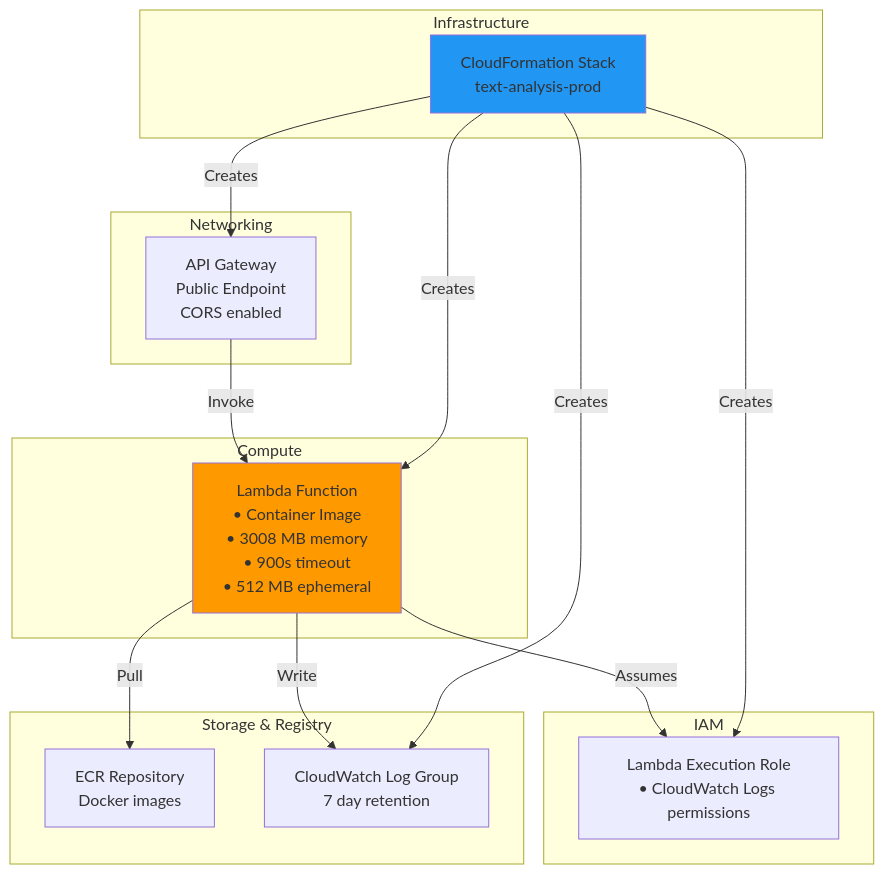
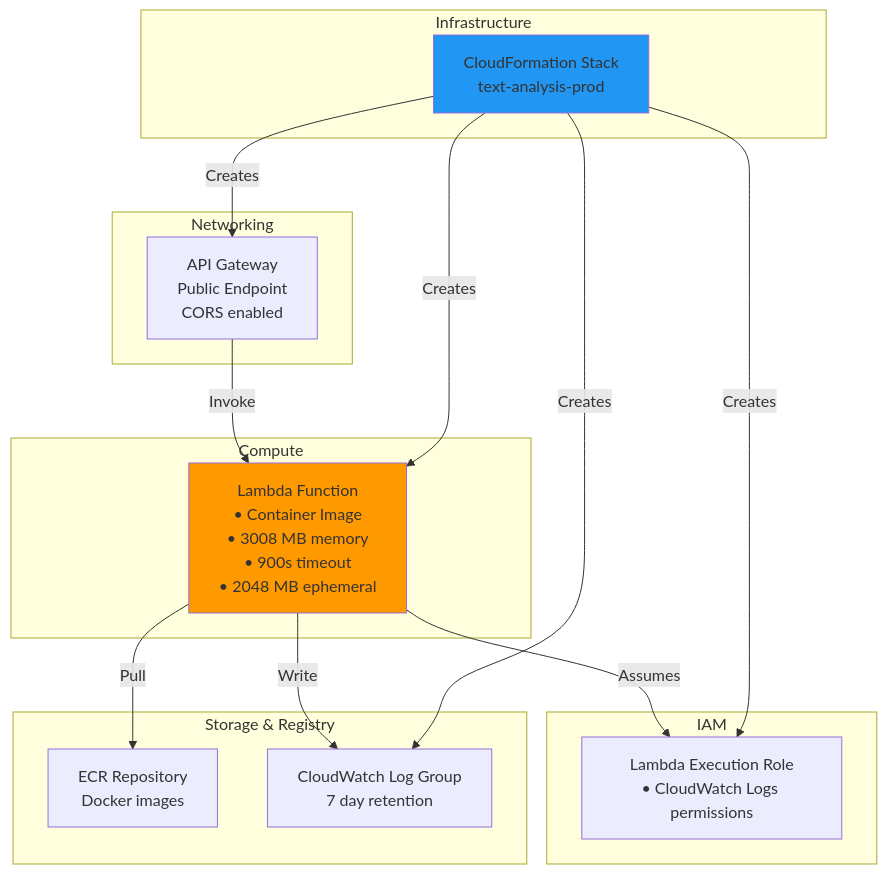
Before and after one commit to kaikoh95/thematic-assessment: the tenth of 10 diagrams in docs/ARCHITECTURE_DIAGRAMS.md, drawn with Mermaid. The commit also changed 4 other files, not shown here.

````diff
--- a/docs/ARCHITECTURE_DIAGRAMS.md
+++ b/docs/ARCHITECTURE_DIAGRAMS.md
@@ -458,36 +458,36 @@
 ```mermaid
 graph TB
     subgraph "IAM"
         ROLE[Lambda Execution Role<br/>• CloudWatch Logs permissions]
     end
 
     subgraph "Networking"
         APIGW_ENDPOINT[API Gateway<br/>Public Endpoint<br/>CORS enabled]
     end
 
     subgraph "Compute"
-        LAMBDA_FUNC[Lambda Function<br/>• Container Image<br/>• 3008 MB memory<br/>• 900s timeout<br/>• 512 MB ephemeral]
+        LAMBDA_FUNC[Lambda Function<br/>• Container Image<br/>• 3008 MB memory<br/>• 900s timeout<br/>• 2048 MB ephemeral]
     end
 
     subgraph "Storage & Registry"
         ECR_REPO[ECR Repository<br/>Docker images]
         CW_LOGS[CloudWatch Log Group<br/>7 day retention]
     end
 
     subgraph "Infrastructure"
         CFN_STACK[CloudFormation Stack<br/>text-analysis-prod]
     end
 
     APIGW_ENDPOINT -->|Invoke| LAMBDA_FUNC
     LAMBDA_FUNC -->|Assumes| ROLE
     LAMBDA_FUNC -->|Pull| ECR_REPO
     LAMBDA_FUNC -->|Write| CW_LOGS
 
     CFN_STACK -->|Creates| APIGW_ENDPOINT
     CFN_STACK -->|Creates| LAMBDA_FUNC
     CFN_STACK -->|Creates| ROLE
     CFN_STACK -->|Creates| CW_LOGS
 
     style LAMBDA_FUNC fill:#ff9900
     style CFN_STACK fill:#2196F3
 ```
````
